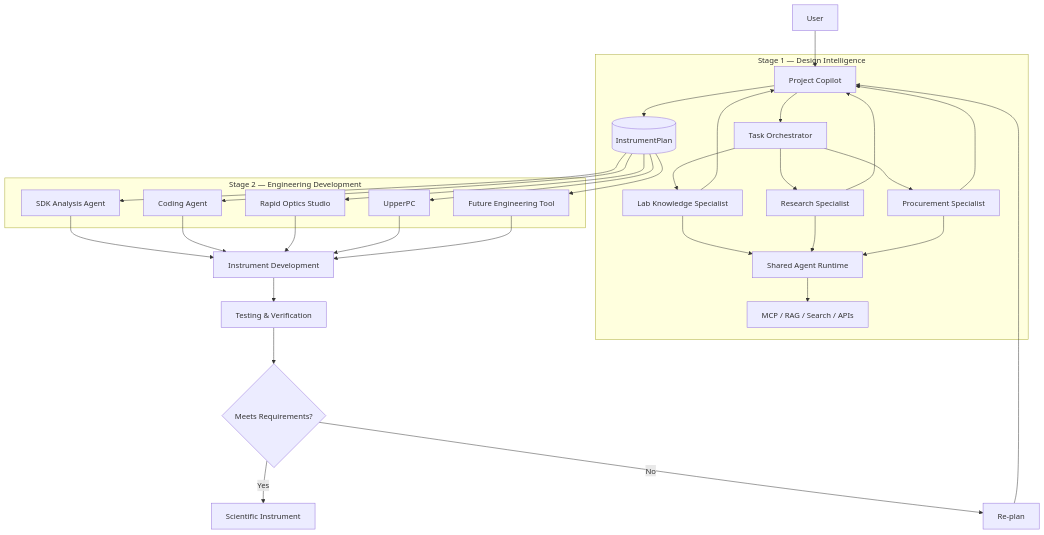
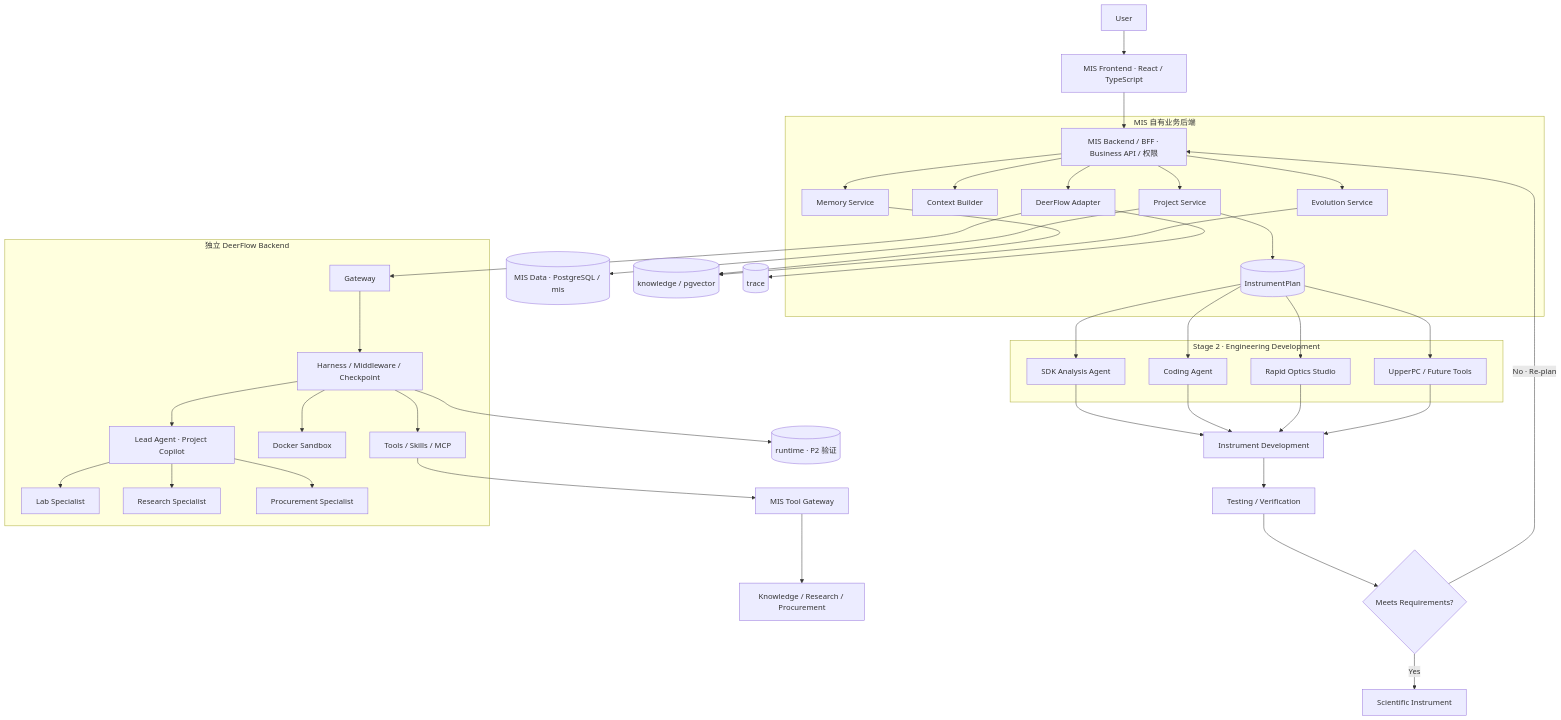
One commit to Muilrz/Meta-Instrument-Studio changed the second of 4 diagrams in docs/architecture.md. Above: the diagram before and after it, drawn with Mermaid. The commit also changed other lines of this file and 5 other files, not shown here.

````diff
--- a/docs/architecture.md
+++ b/docs/architecture.md
@@ -55,60 +58,48 @@
 ```mermaid
 flowchart TB
-
-    U[User]
-
-    subgraph S1["Stage 1 — Design Intelligence"]
-        PC[Project Copilot]
-        TO[Task Orchestrator]
-        LAB[Lab Knowledge Specialist]
-        RES[Research Specialist]
-        PRO[Procurement Specialist]
-        RT[Shared Agent Runtime]
-        TOOLS[MCP / RAG / Search / APIs]
-        PLAN[(InstrumentPlan)]
-
-        PC --> TO
-        TO --> LAB
-        TO --> RES
-        TO --> PRO
-        LAB --> RT
-        RES --> RT
-        PRO --> RT
-        RT --> TOOLS
-        LAB --> PC
-        RES --> PC
-        PRO --> PC
-        PC --> PLAN
+    U[User] --> UI["MIS Frontend · React / TypeScript"]
+    UI --> BFF["MIS Backend / BFF · Business API / 权限"]
+    subgraph MIS["MIS 自有业务后端"]
+        BFF --> PS[Project Service]
+        BFF --> CB[Context Builder]
+        BFF --> MS[Memory Service]
+        BFF --> ES[Evolution Service]
+        BFF --> AD[DeerFlow Adapter]
+        PS --> PLAN[(InstrumentPlan)]
     end
-
-    subgraph S2["Stage 2 — Engineering Development"]
+    subgraph DF["独立 DeerFlow Backend"]
+        GW[Gateway] --> H[Harness / Middleware / Checkpoint]
+        H --> PC["Lead Agent · Project Copilot"]
+        PC --> LAB[Lab Specialist]
+        PC --> RES[Research Specialist]
+        PC --> PRO[Procurement Specialist]
+        H --> SB[Docker Sandbox]
+        H --> TOOLS[Tools / Skills / MCP]
+    end
+    AD --> GW
+    TOOLS --> TG[MIS Tool Gateway]
+    TG --> SOURCES[Knowledge / Research / Procurement]
+    PS --> DATA[("MIS Data · PostgreSQL / mis")]
+    MS --> KN[("knowledge / pgvector")]
+    ES --> KN
+    AD --> TR[(trace)]
+    H --> CP[("runtime · P2 验证")]
+    subgraph S2["Stage 2 · Engineering Development"]
         SDK[SDK Analysis Agent]
         CODE[Coding Agent]
         OPTICS[Rapid Optics Studio]
-        UPPER[UpperPC]
-        FUTURE[Future Engineering Tool]
+        UPPER[UpperPC / Future Tools]
     end
-
-    DEV[Instrument Development]
-    TEST[Testing & Verification]
-    Q{Meets Requirements?}
-    FINAL[Scientific Instrument]
-    REPLAN[Re-plan]
-
-    U --> PC
     PLAN --> SDK
     PLAN --> CODE
     PLAN --> OPTICS
     PLAN --> UPPER
-    PLAN --> FUTURE
-    SDK --> DEV
+    SDK --> DEV[Instrument Development]
     CODE --> DEV
     OPTICS --> DEV
     UPPER --> DEV
-    FUTURE --> DEV
-    DEV --> TEST
-    TEST --> Q
-    Q -->|Yes| FINAL
-    Q -->|No| REPLAN
-    REPLAN --> PC
+    DEV --> TEST[Testing / Verification]
+    TEST --> Q{Meets Requirements?}
+    Q -->|Yes| FINAL[Scientific Instrument]
+    Q -->|No · Re-plan| BFF
 ```
````
